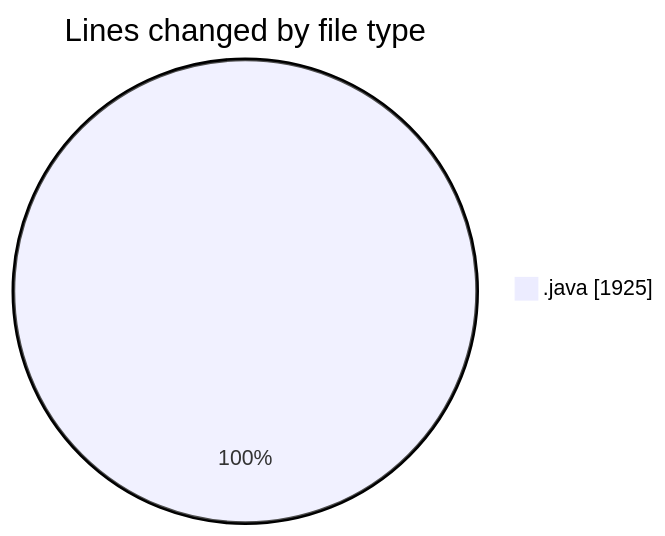
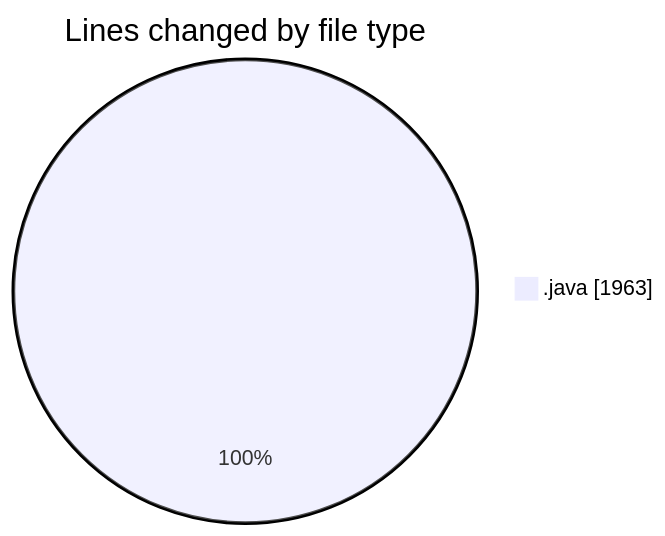
One commit to ricardozamudiocil/code-tracking changed the first of 2 diagrams in 2026-04-23/cilapp/README.md. Above: the diagram before and after it, drawn with Mermaid. The commit also changed other lines of this file and 1 other file, not shown here.

````diff
--- a/2026-04-23/cilapp/README.md
+++ b/2026-04-23/cilapp/README.md
@@ -30,5 +30,5 @@
 ```mermaid
 pie showData
 title Lines changed by file type
-".java" : 1925
+".java" : 1963
 ```
````
